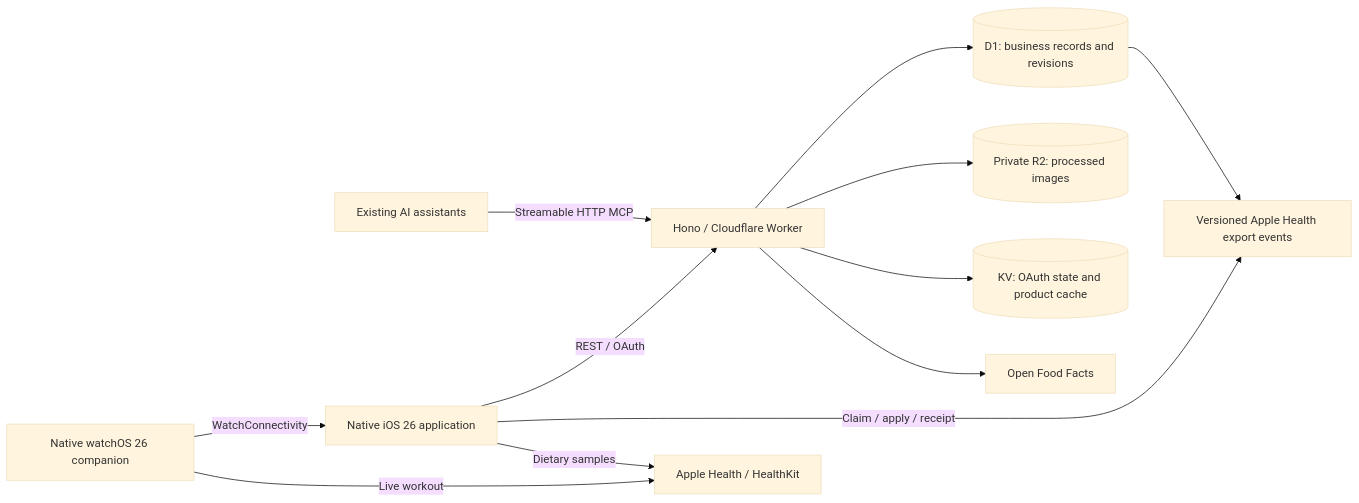
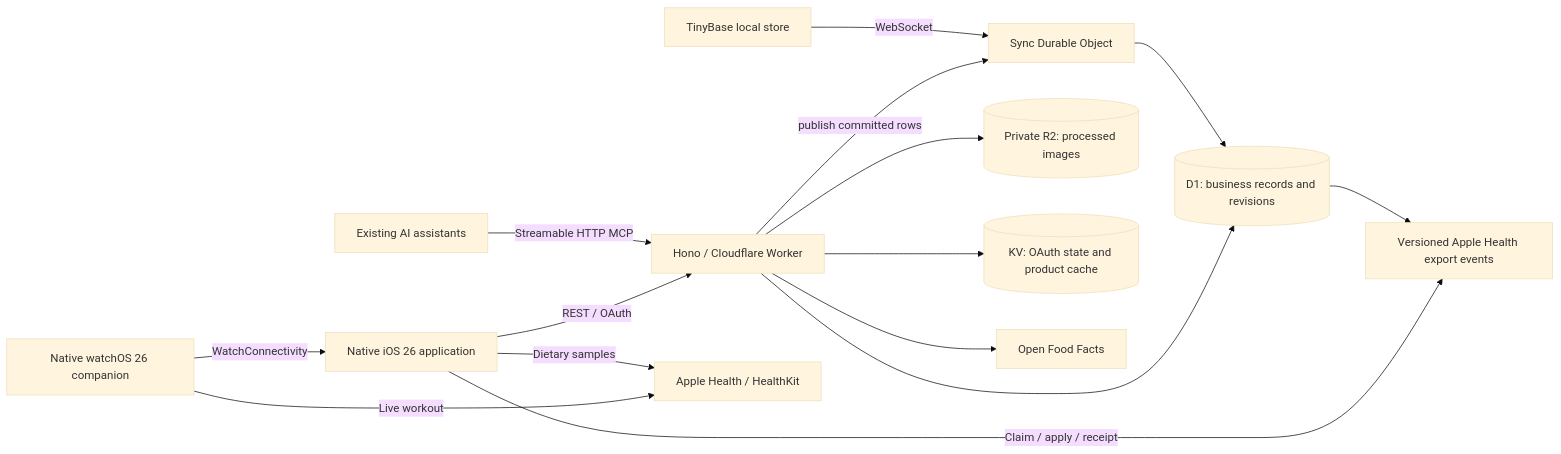
Before and after one commit to wh5938316/open-fitness: the diagram in README.md, drawn with Mermaid (base theme). The commit also changed other lines of this file and 17 other files, not shown here.

First line of the commit message:
feat(sync): add a TinyBase local sync engine (#15)

````diff
--- a/README.md
+++ b/README.md
@@ -11,14 +11,17 @@
 ```mermaid
 flowchart LR
   Bots[Existing AI assistants] -->|Streamable HTTP MCP| Worker[Hono / Cloudflare Worker]
   Native[Native iOS 26 application] -->|REST / OAuth| Worker
   Watch[Native watchOS 26 companion] -->|WatchConnectivity| Native
-  Worker --> D1[(D1: business records and revisions)]
+  Local[TinyBase local store] -->|WebSocket| SyncDO[Sync Durable Object]
+  Worker -->|publish committed rows| SyncDO
+  SyncDO --> D1[(D1: business records and revisions)]
+  Worker --> D1
   Worker --> R2[(Private R2: processed images)]
   Worker --> KV[(KV: OAuth state and product cache)]
   Worker --> OFF[Open Food Facts]
   D1 --> Outbox[Versioned Apple Health export events]
   Native -->|Claim / apply / receipt| Outbox
   Native -->|Dietary samples| Health[Apple Health / HealthKit]
   Watch -->|Live workout| Health
 ```
````
